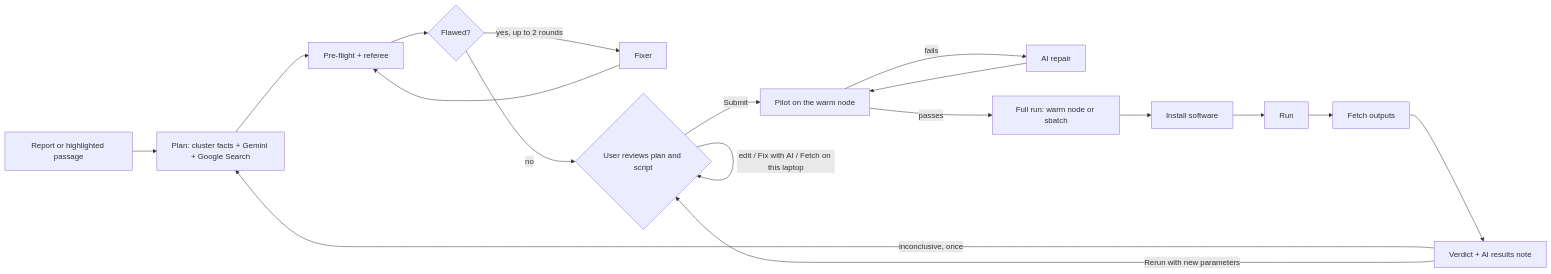
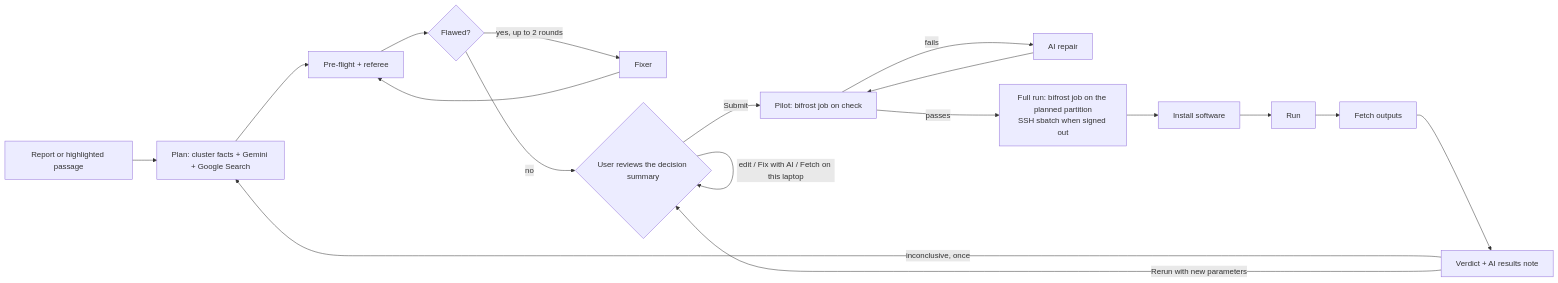
Before and after one commit to charles-forsyth/deep-research: the fourth of 4 diagrams in docs/SPEC.md, drawn with Mermaid. The commit also changed other lines of this file, not shown here.

Commit message:
docs: SPEC re-read against v0.61.2 (bifrost first, Max, Plan first, Nexus, tests, open items) (#187)

````diff
--- a/docs/SPEC.md
+++ b/docs/SPEC.md
@@ -1395,13 +1476,13 @@
 ```mermaid
 flowchart LR
   A[Report or highlighted passage] --> B[Plan: cluster facts + Gemini + Google Search]
   B --> P[Pre-flight + referee] --> R{Flawed?}
   R -- yes, up to 2 rounds --> F[Fixer] --> P
-  R -- no --> C{User reviews plan and script}
+  R -- no --> C{User reviews the decision summary}
   C -- edit / Fix with AI / Fetch on this laptop --> C
-  C -- Submit --> S[Pilot on the warm node] -- fails --> X[AI repair] --> S
-  S -- passes --> D[Full run: warm node or sbatch]
+  C -- Submit --> S[Pilot: bifrost job on check] -- fails --> X[AI repair] --> S
+  S -- passes --> D[Full run: bifrost job on the planned partition<br/>SSH sbatch when signed out]
   D --> E[Install software] --> G[Run] --> H[Fetch outputs] --> V[Verdict + AI results note]
   V -- inconclusive, once --> B
   V -- Rerun with new parameters --> C
 ```
````
